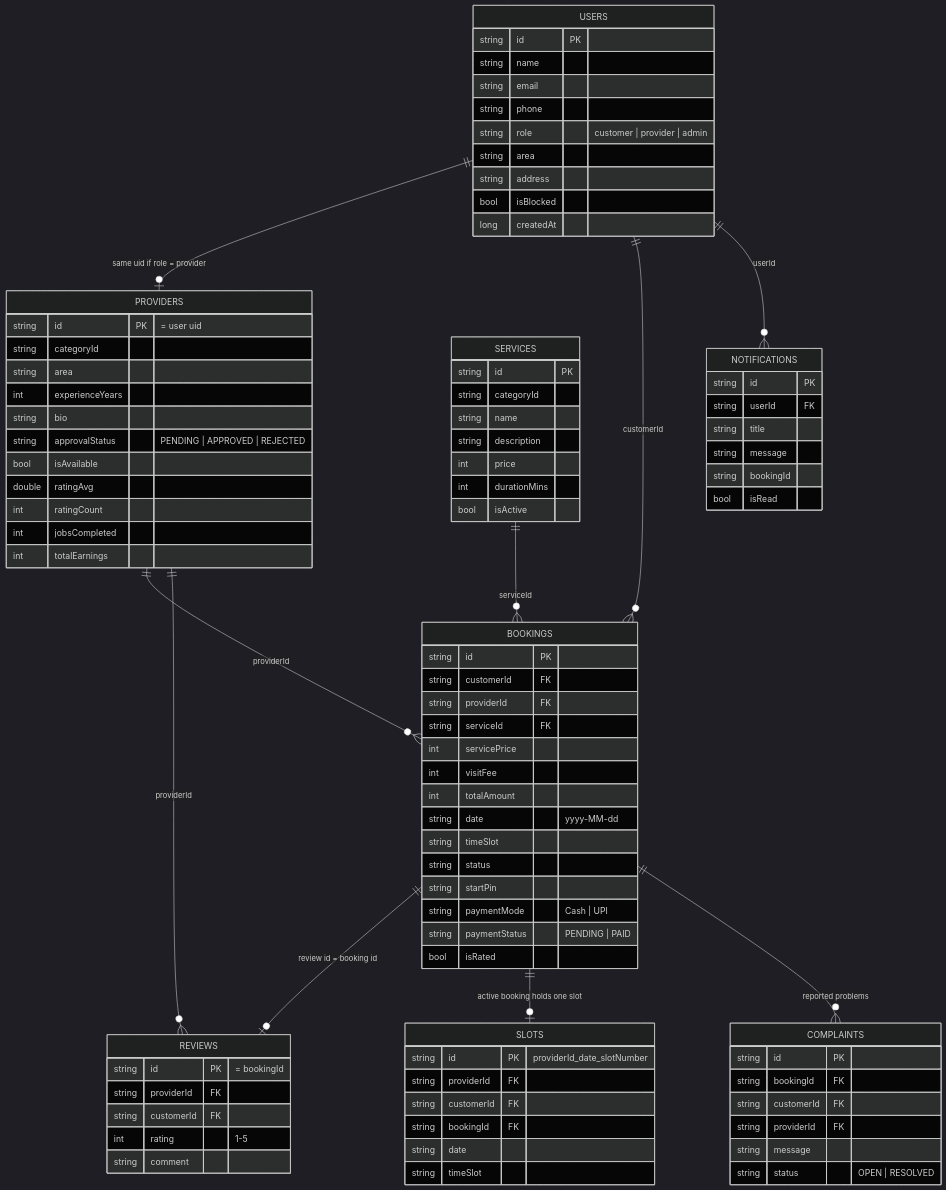
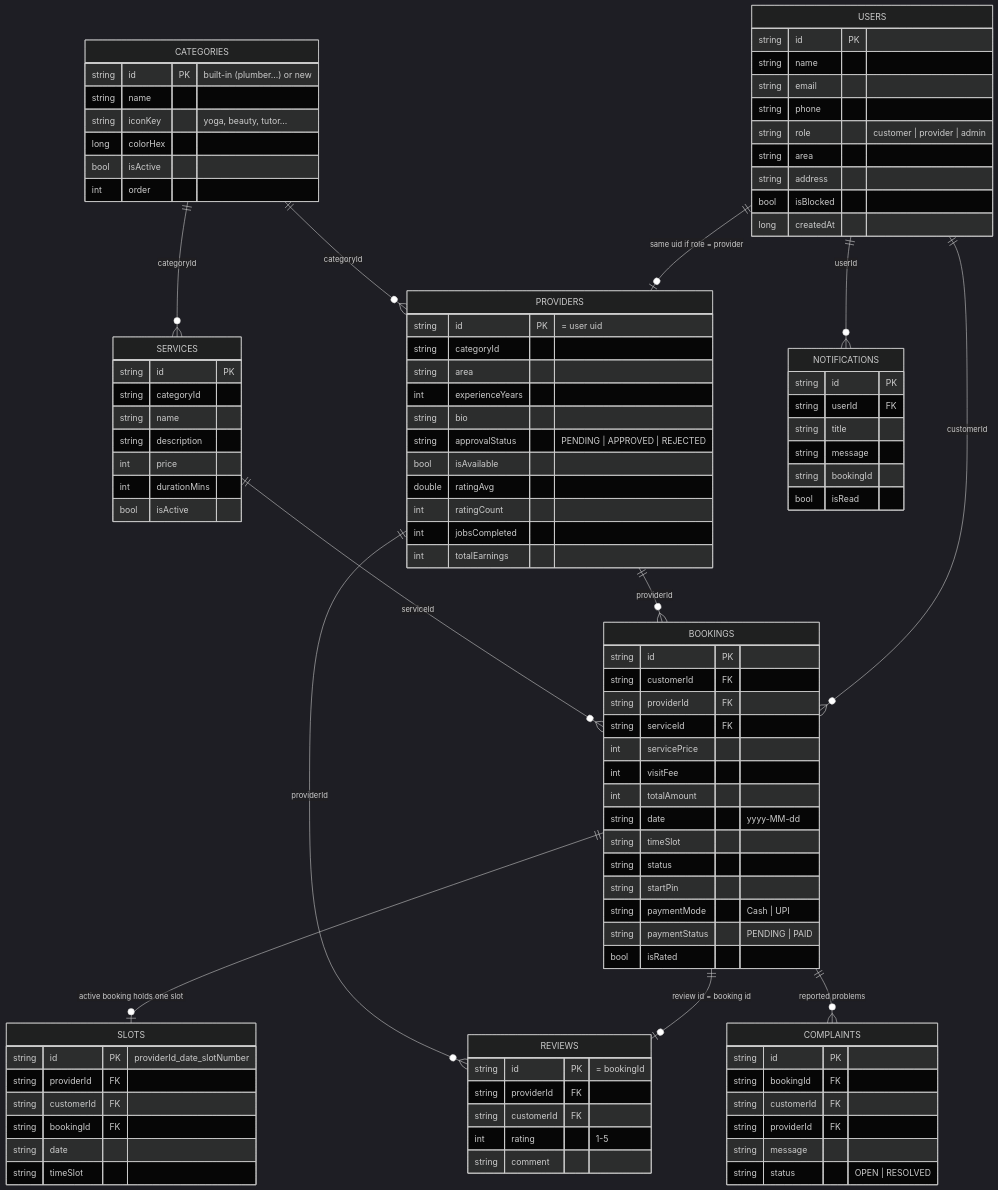
Before and after one commit to janvi0802/ServiceHub: the second of 5 diagrams in docs/REPORT_KIT.md, drawn with Mermaid (dark theme). The commit also changed other lines of this file and 24 other files, not shown here.

```diff
--- a/docs/REPORT_KIT.md
+++ b/docs/REPORT_KIT.md
@@ -42,6 +42,8 @@
     USERS ||--o{ BOOKINGS : "customerId"
     PROVIDERS ||--o{ BOOKINGS : "providerId"
     SERVICES ||--o{ BOOKINGS : "serviceId"
+    CATEGORIES ||--o{ SERVICES : "categoryId"
+    CATEGORIES ||--o{ PROVIDERS : "categoryId"
     BOOKINGS ||--o| REVIEWS : "review id = booking id"
     BOOKINGS ||--o| SLOTS : "active booking holds one slot"
     BOOKINGS ||--o{ COMPLAINTS : "reported problems"
@@ -120,6 +122,14 @@
         string message
         string status "OPEN | RESOLVED"
     }
+    CATEGORIES {
+        string id PK "built-in (plumber...) or new"
+        string name
+        string iconKey "yoga, beauty, tutor..."
+        long colorHex
+        bool isActive
+        int order
+    }
     SLOTS {
         string id PK "providerId_date_slotNumber"
         string providerId FK
```
